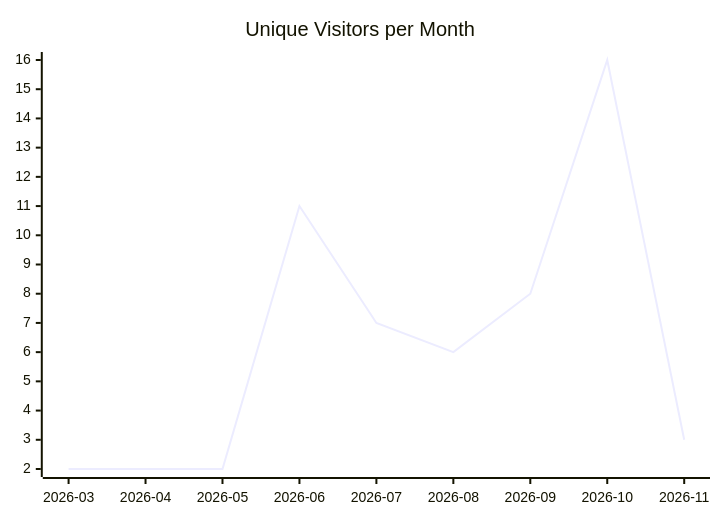
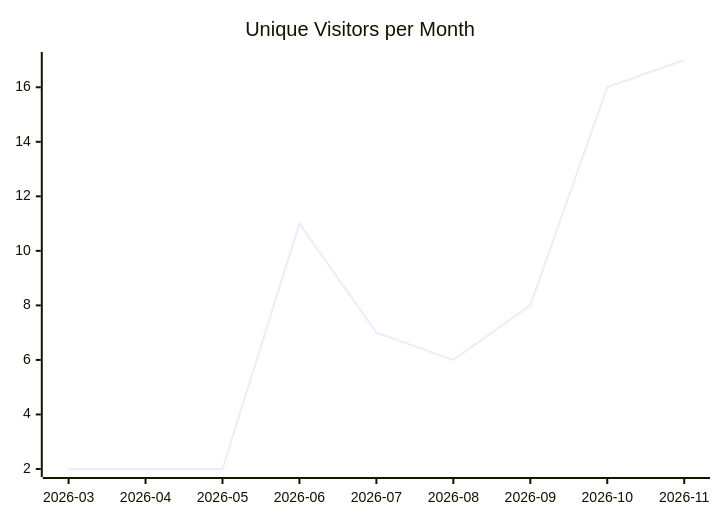
One commit to justdavis-family/github-analytics-data changed the first of 3 diagrams in karlmdavis/ansible-role-jenkins2/README.md. Above: the diagram before and after it, drawn with Mermaid. The commit also changed other lines of this file and 188 other files, not shown here.

````diff
--- a/karlmdavis/ansible-role-jenkins2/README.md
+++ b/karlmdavis/ansible-role-jenkins2/README.md
@@ -5,6 +5,6 @@
 ```mermaid
 xychart-beta
   title "Unique Visitors per Month"
   x-axis ["2026-03", "2026-04", "2026-05", "2026-06", "2026-07", "2026-08", "2026-09", "2026-10", "2026-11"]
-  line [2, 2, 2, 11, 7, 6, 8, 16, 3]
+  line [2, 2, 2, 11, 7, 6, 8, 16, 17]
 ```
````
